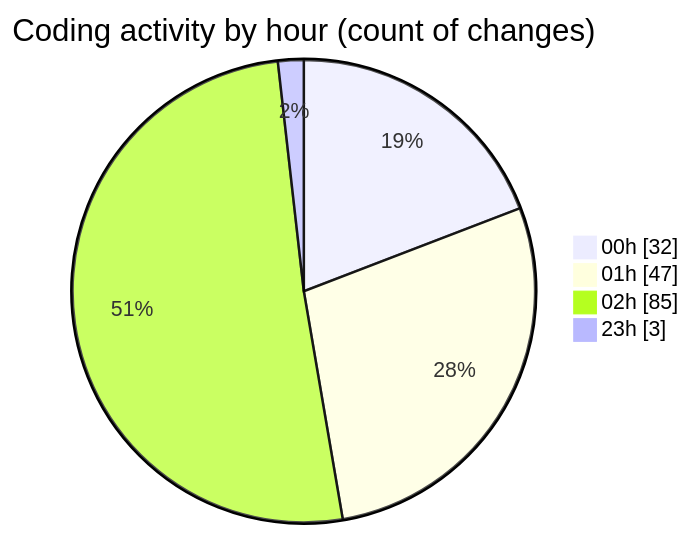
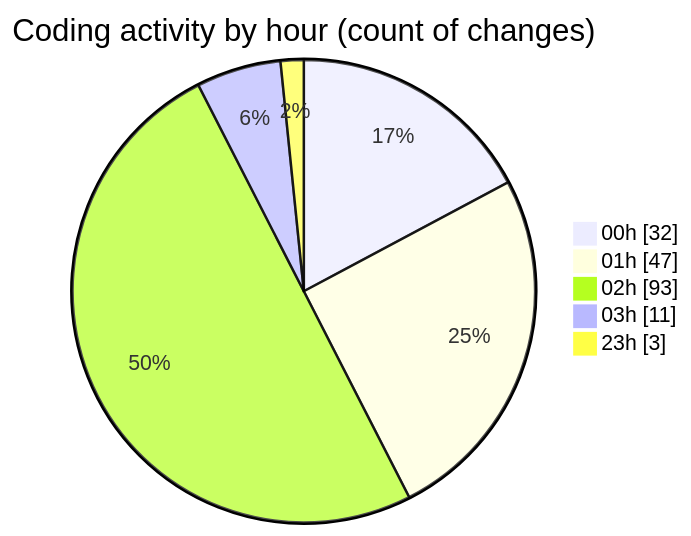
One commit to lephambinh05/code-tracking changed the second of 2 diagrams in 2025-07-28/quanlyrapchieuphim-1/README.md. Above: the diagram before and after it, drawn with Mermaid. The commit also changed other lines of this file and 1 other file, not shown here.

````diff
--- a/2025-07-28/quanlyrapchieuphim-1/README.md
+++ b/2025-07-28/quanlyrapchieuphim-1/README.md
@@ -48,8 +48,9 @@
 ```mermaid
 pie showData
 title Coding activity by hour (count of changes)
 "00h" : 32
 "01h" : 47
-"02h" : 85
+"02h" : 93
+"03h" : 11
 "23h" : 3
 ```
````
